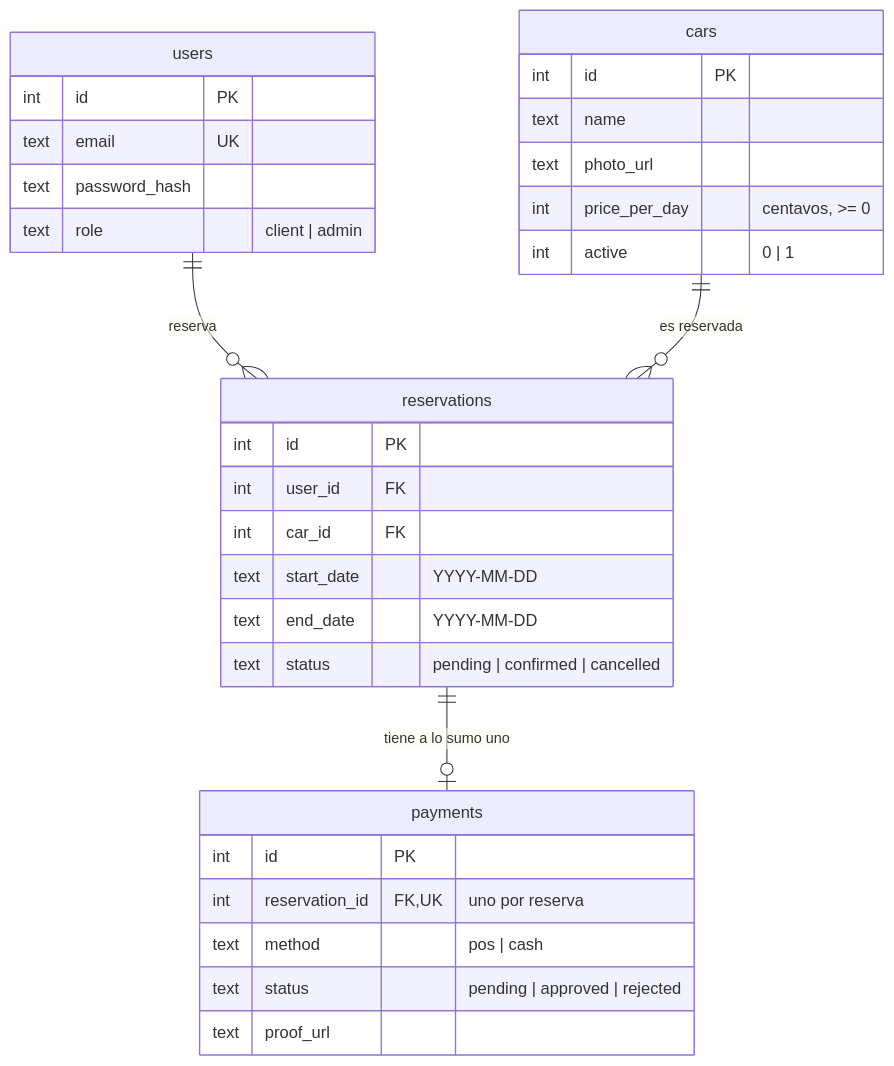
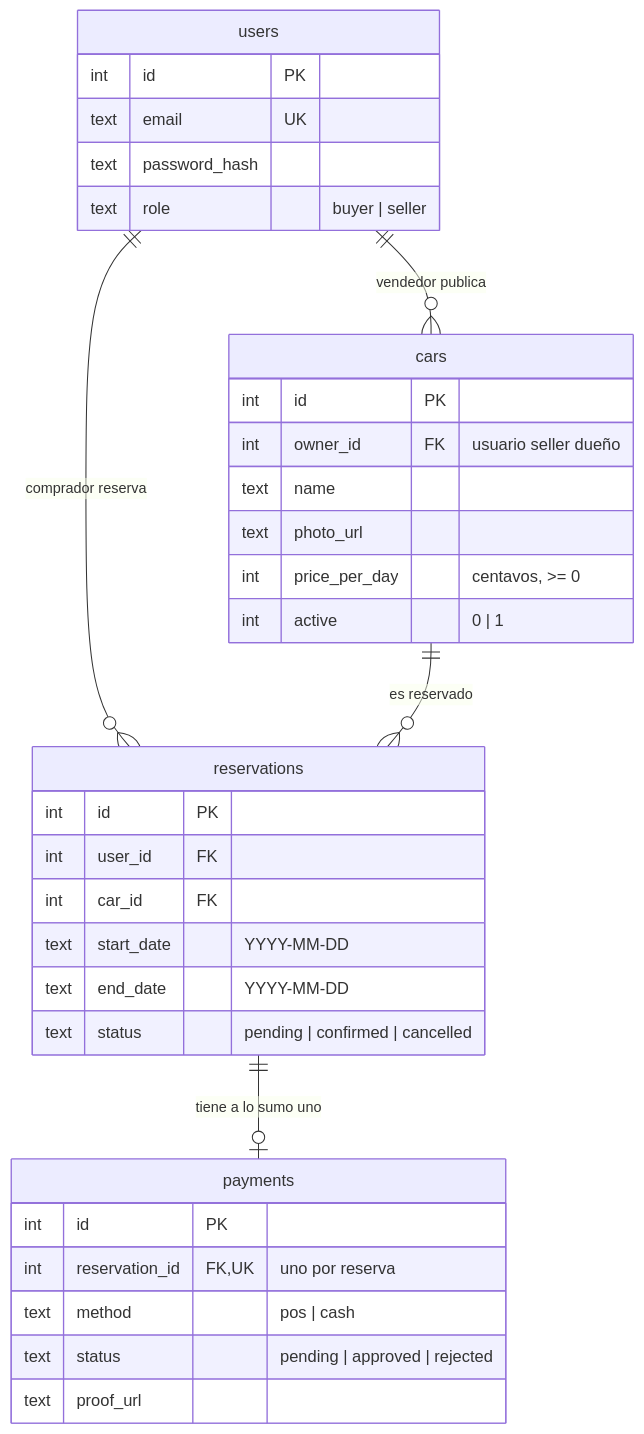
One commit to pinolrent/pinolrent-api changed the first of 2 diagrams in docs/arquitectura.md. Above: the diagram before and after it, drawn with Mermaid. The commit also changed other lines of this file and 9 other files, not shown here.

Commit message:
docs: update guides for seller/buyer roles

````diff
--- a/docs/arquitectura.md
+++ b/docs/arquitectura.md
@@ -32,35 +32,37 @@
 ```mermaid
 erDiagram
     users {
         int id PK
         text email UK
         text password_hash
-        text role "client | admin"
+        text role "buyer | seller"
     }
     cars {
         int id PK
+        int owner_id FK "usuario seller dueño"
         text name
         text photo_url
         int price_per_day "centavos, >= 0"
         int active "0 | 1"
     }
     reservations {
         int id PK
         int user_id FK
         int car_id FK
         text start_date "YYYY-MM-DD"
         text end_date "YYYY-MM-DD"
         text status "pending | confirmed | cancelled"
     }
     payments {
         int id PK
         int reservation_id FK, UK "uno por reserva"
         text method "pos | cash"
         text status "pending | approved | rejected"
         text proof_url
     }
 
-    users ||--o{ reservations : "reserva"
-    cars ||--o{ reservations : "es reservada"
+    users ||--o{ reservations : "comprador reserva"
+    users ||--o{ cars : "vendedor publica"
+    cars ||--o{ reservations : "es reservado"
     reservations ||--o| payments : "tiene a lo sumo uno"
 ```
````
